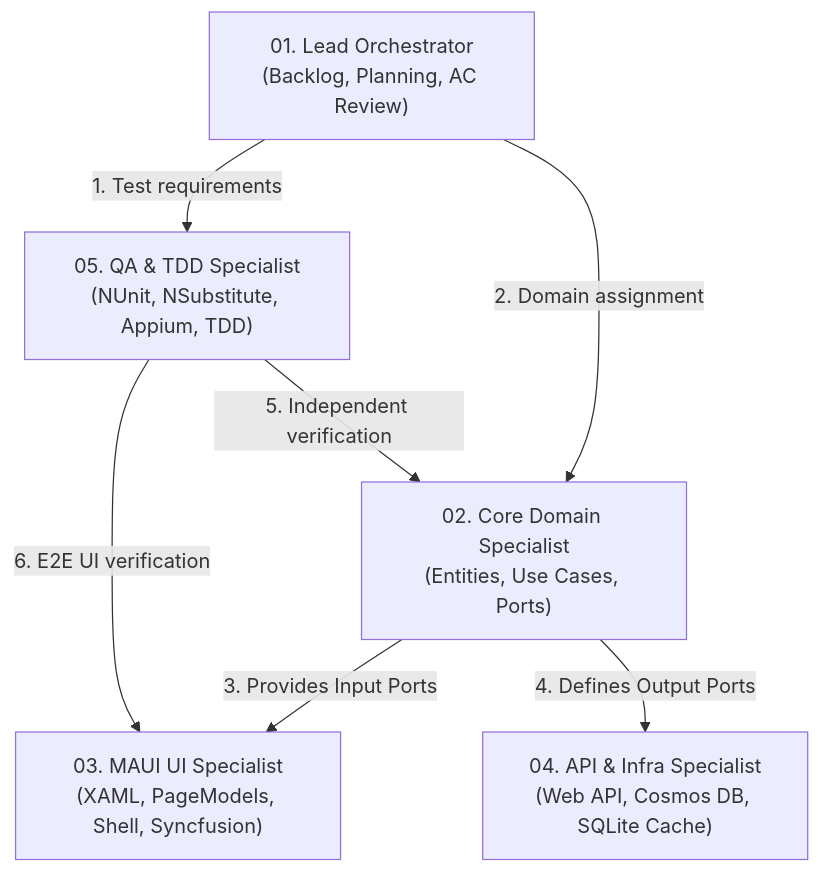
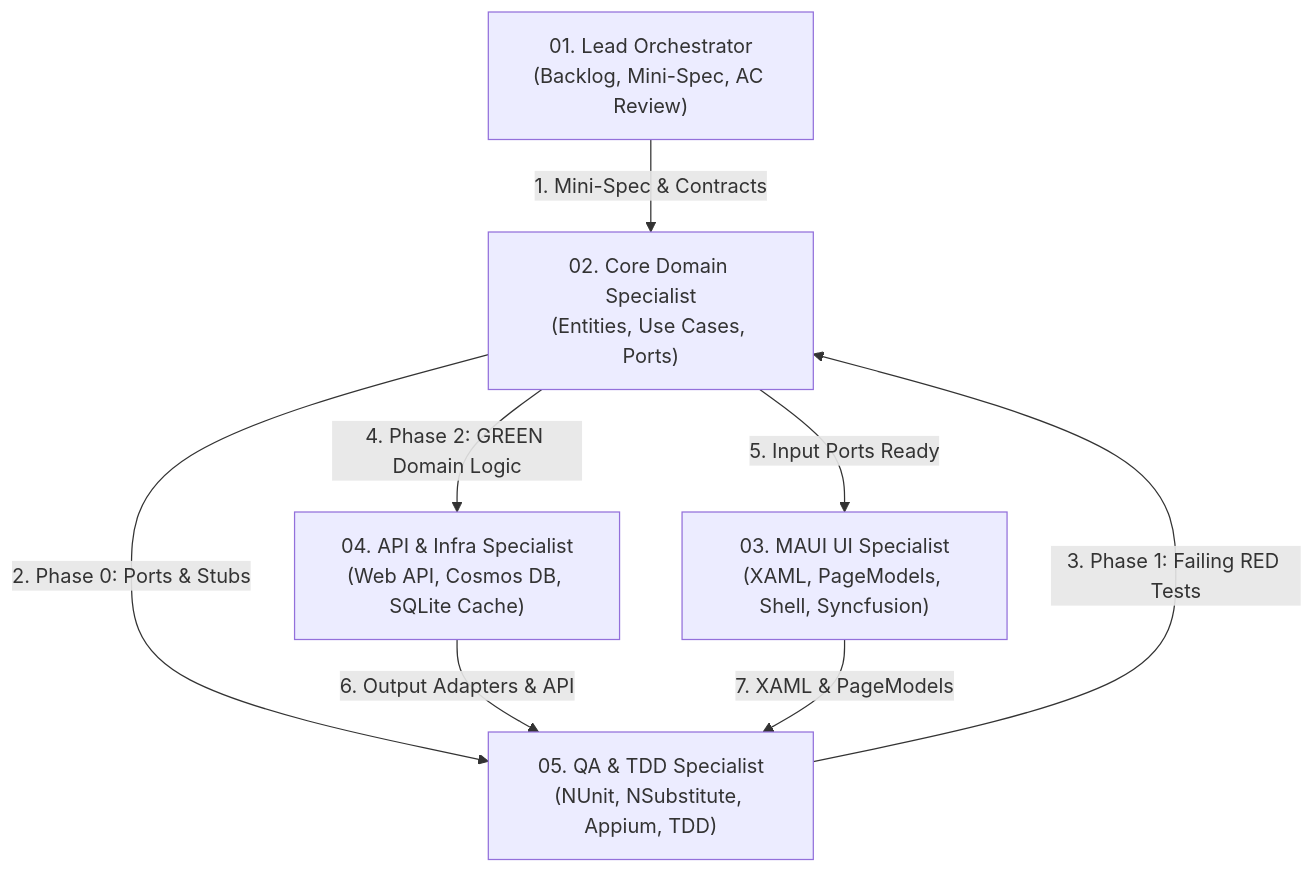
One commit to luong2024/RoomToRentRadar changed the diagram in .agents/AGENTS.md. Above: the diagram before and after it, drawn with Mermaid. The commit also changed other lines of this file and 8 other files, not shown here.

````diff
--- a/.agents/AGENTS.md
+++ b/.agents/AGENTS.md
@@ -23,15 +23,16 @@
 ```mermaid
 flowchart TD
-    Lead["01. Lead Orchestrator<br/>(Backlog, Planning, AC Review)"]
+    Lead["01. Lead Orchestrator<br/>(Backlog, Mini-Spec, AC Review)"]
+    Core["02. Core Domain Specialist<br/>(Entities, Use Cases, Ports)"]
     QA["05. QA & TDD Specialist<br/>(NUnit, NSubstitute, Appium, TDD)"]
-    Core["02. Core Domain Specialist<br/>(Entities, Use Cases, Ports)"]
+    Infra["04. API & Infra Specialist<br/>(Web API, Cosmos DB, SQLite Cache)"]
     UI["03. MAUI UI Specialist<br/>(XAML, PageModels, Shell, Syncfusion)"]
-    Infra["04. API & Infra Specialist<br/>(Web API, Cosmos DB, SQLite Cache)"]
 
-    Lead -->|1. Test requirements| QA
-    Lead -->|2. Domain assignment| Core
-    Core -->|3. Provides Input Ports| UI
-    Core -->|4. Defines Output Ports| Infra
-    QA -->|5. Independent verification| Core
-    QA -->|6. E2E UI verification| UI
+    Lead -->|1. Mini-Spec & Contracts| Core
+    Core -->|2. Phase 0: Ports & Stubs| QA
+    QA -->|3. Phase 1: Failing RED Tests| Core
+    Core -->|4. Phase 2: GREEN Domain Logic| Infra
+    Core -->|5. Input Ports Ready| UI
+    Infra -->|6. Output Adapters & API| QA
+    UI -->|7. XAML & PageModels| QA
 ```
````
